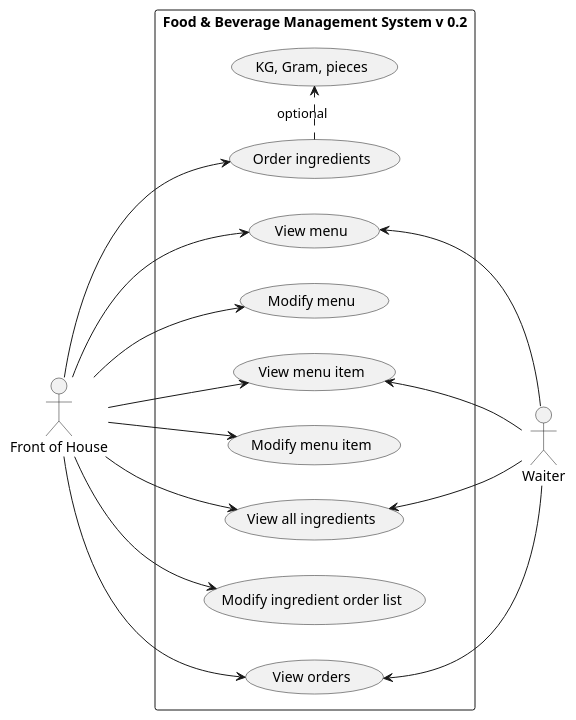
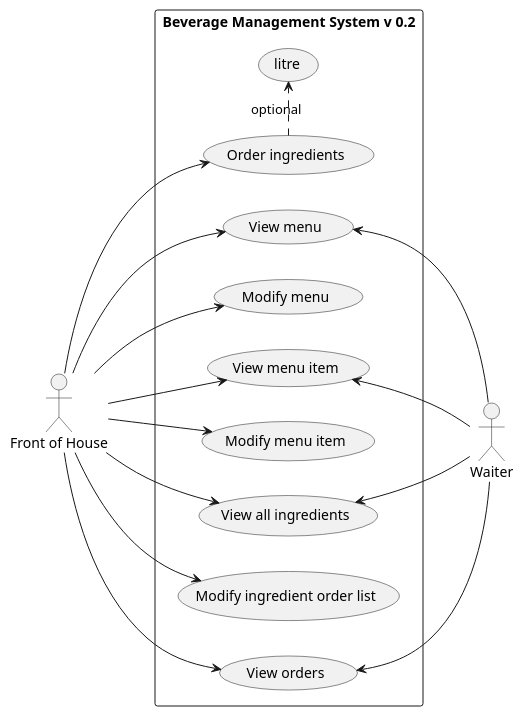
The diagram in src/main/docs/uml/use-case/restaurant/bar.puml (mrjink/molveno), drawn with PlantUML before and after one commit. The commit also changed 4 other files, not shown here.

```diff
--- a/src/main/docs/uml/use-case/restaurant/bar.puml
+++ b/src/main/docs/uml/use-case/restaurant/bar.puml
@@ -1,38 +1,38 @@
 @startuml
 
 left to right direction
 
 actor "Front of House" as FoH
 actor Waiter
 
-rectangle "Food & Beverage Management System v 0.2" {
+rectangle "Beverage Management System v 0.2" {
     (View menu) as (MenuView)
     (Modify menu) as (MenuUpdate)
 
     (View menu item) as (MenuItemView)
     (Modify menu item) as (MenuItemUpdate)
 
     (View all ingredients) as (IngredientAll)
     (Modify ingredient order list) as (IngredientUpdate)
     (Order ingredients) as (IngredientOrder)
     (View orders) as (BarOrderView)
-    (KG, Gram, pieces) as (IngredientQuantity)
+    (litre) as (IngredientQuantity)
     (IngredientOrder) .> (IngredientQuantity) : optional
 
     FoH --> (MenuView)
     FoH --> (MenuUpdate)
     FoH --> (MenuItemView)
     FoH --> (MenuItemUpdate)
 
     FoH --> (IngredientAll)
     FoH --> (IngredientUpdate)
     FoH --> (IngredientOrder)
     FoH --> (BarOrderView)
 
     (MenuView) <-- Waiter
     (MenuItemView) <-- Waiter
     (IngredientAll) <-- Waiter
     (BarOrderView) <-- Waiter
 }
 
 @enduml
```
